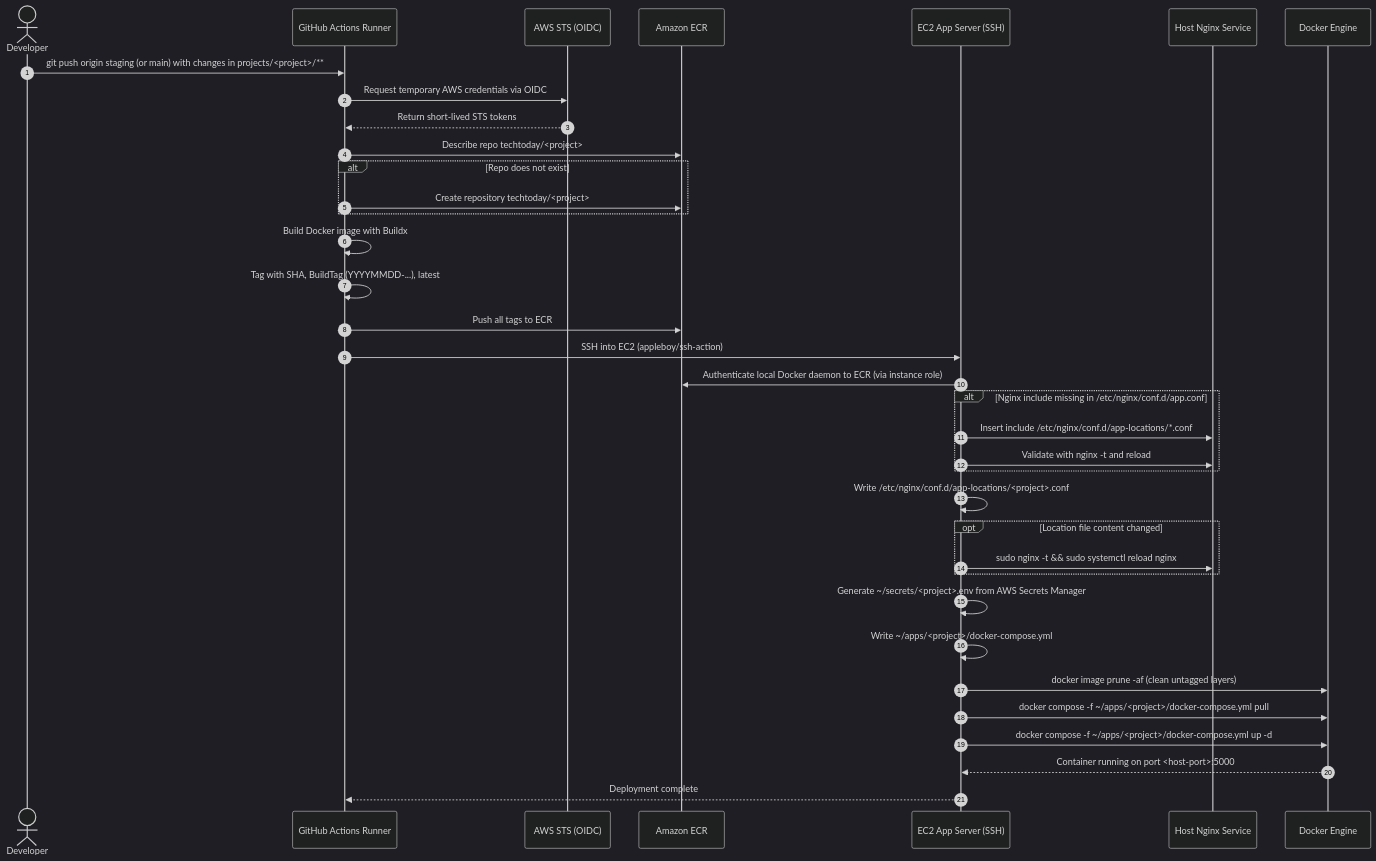
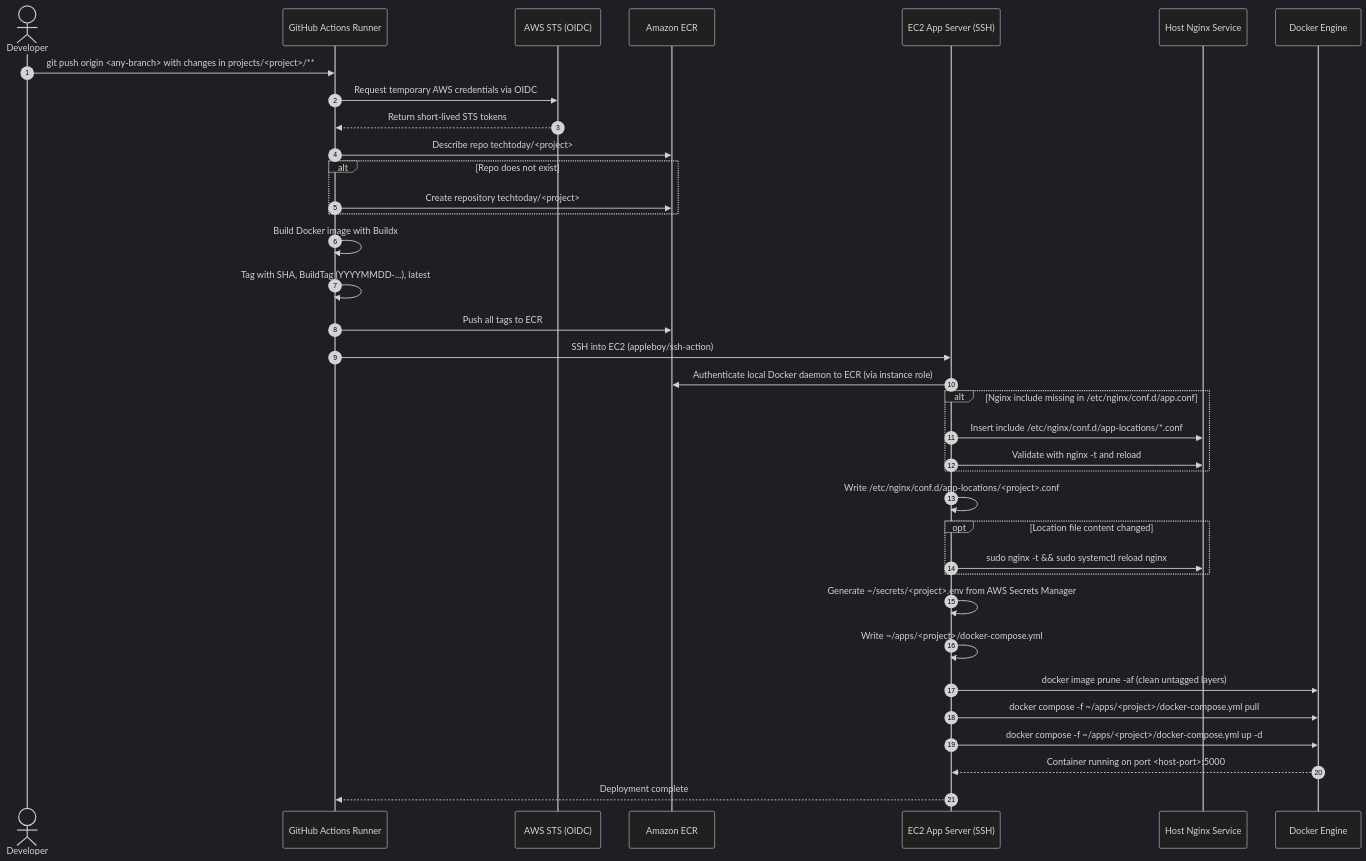
The sixth of 8 diagrams in projects/ARCHITECTURE.md (pankajspace/ai), drawn with Mermaid (dark theme) before and after one commit. The commit also changed other lines of this file and 35 other files, not shown here.

````diff
--- a/projects/ARCHITECTURE.md
+++ b/projects/ARCHITECTURE.md
@@ -867,45 +867,45 @@
 ```mermaid
 sequenceDiagram
     autonumber
     actor Dev as Developer
     participant GH as GitHub Actions Runner
     participant OIDC as AWS STS (OIDC)
     participant ECR as Amazon ECR
     participant EC2 as EC2 App Server (SSH)
     participant Nginx as Host Nginx Service
     participant Docker as Docker Engine
 
-    Dev->>GH: git push origin staging (or main) with changes in projects/<project>/**
+    Dev->>GH: git push origin <any-branch> with changes in projects/<project>/**
     GH->>OIDC: Request temporary AWS credentials via OIDC
     OIDC-->>GH: Return short-lived STS tokens
 
     GH->>ECR: Describe repo techtoday/<project>
     alt Repo does not exist
         GH->>ECR: Create repository techtoday/<project>
     end
 
     GH->>GH: Build Docker image with Buildx
     GH->>GH: Tag with SHA, BuildTag (YYYYMMDD-...), latest
     GH->>ECR: Push all tags to ECR
 
     GH->>EC2: SSH into EC2 (appleboy/ssh-action)
     EC2->>ECR: Authenticate local Docker daemon to ECR (via instance role)
 
     alt Nginx include missing in /etc/nginx/conf.d/app.conf
         EC2->>Nginx: Insert include /etc/nginx/conf.d/app-locations/*.conf;
         EC2->>Nginx: Validate with nginx -t and reload
     end
 
     EC2->>EC2: Write /etc/nginx/conf.d/app-locations/<project>.conf
     opt Location file content changed
         EC2->>Nginx: sudo nginx -t && sudo systemctl reload nginx
     end
 
     EC2->>EC2: Generate ~/secrets/<project>.env from AWS Secrets Manager
     EC2->>EC2: Write ~/apps/<project>/docker-compose.yml
     EC2->>Docker: docker image prune -af (clean untagged layers)
     EC2->>Docker: docker compose -f ~/apps/<project>/docker-compose.yml pull
     EC2->>Docker: docker compose -f ~/apps/<project>/docker-compose.yml up -d
     Docker-->>EC2: Container running on port <host-port>:5000
     EC2-->>GH: Deployment complete
 ```
````
